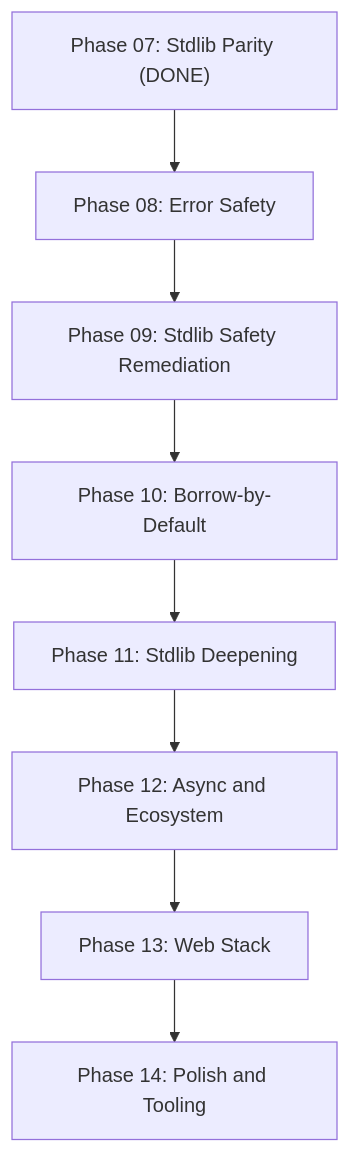
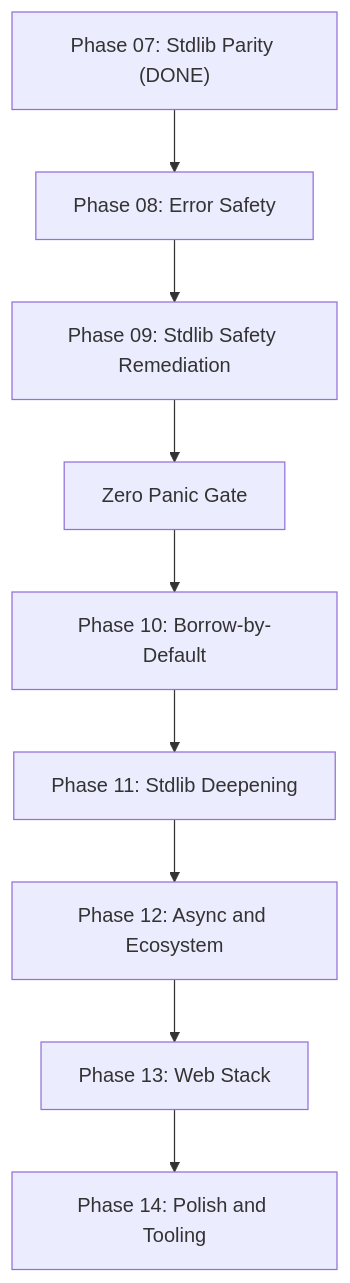
Before and after one commit to sifr-lang/sifr: the diagram in .cursor/plans/revised_phase_roadmap_698c629c.md, drawn with Mermaid. The commit also changed other lines of this file, not shown here.

Commit message:
Update roadmap revision

````diff
--- a/.cursor/plans/revised_phase_roadmap_698c629c.md
+++ b/.cursor/plans/revised_phase_roadmap_698c629c.md
@@ -45,19 +45,21 @@
 ```mermaid
 flowchart TD
     P07["Phase 07: Stdlib Parity (DONE)"]
     P08["Phase 08: Error Safety"]
     P09["Phase 09: Stdlib Safety Remediation"]
+    Gate["Zero Panic Gate"]
     P10["Phase 10: Borrow-by-Default"]
     P11["Phase 11: Stdlib Deepening"]
     P12["Phase 12: Async and Ecosystem"]
     P13["Phase 13: Web Stack"]
     P14["Phase 14: Polish and Tooling"]
 
     P07 --> P08
     P08 --> P09
-    P09 --> P10
+    P09 --> Gate
+    Gate --> P10
     P10 --> P11
     P11 --> P12
     P12 --> P13
     P13 --> P14
 ```
````
